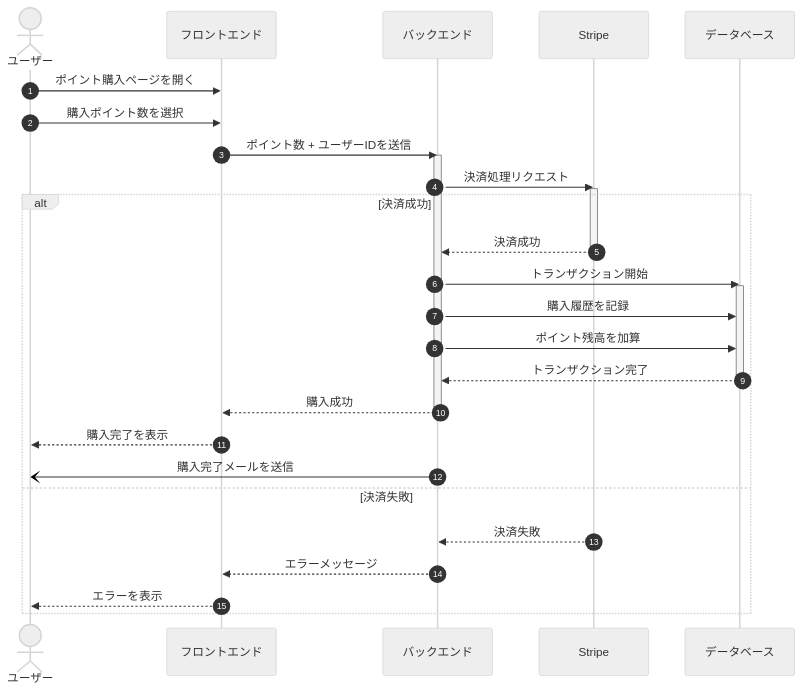
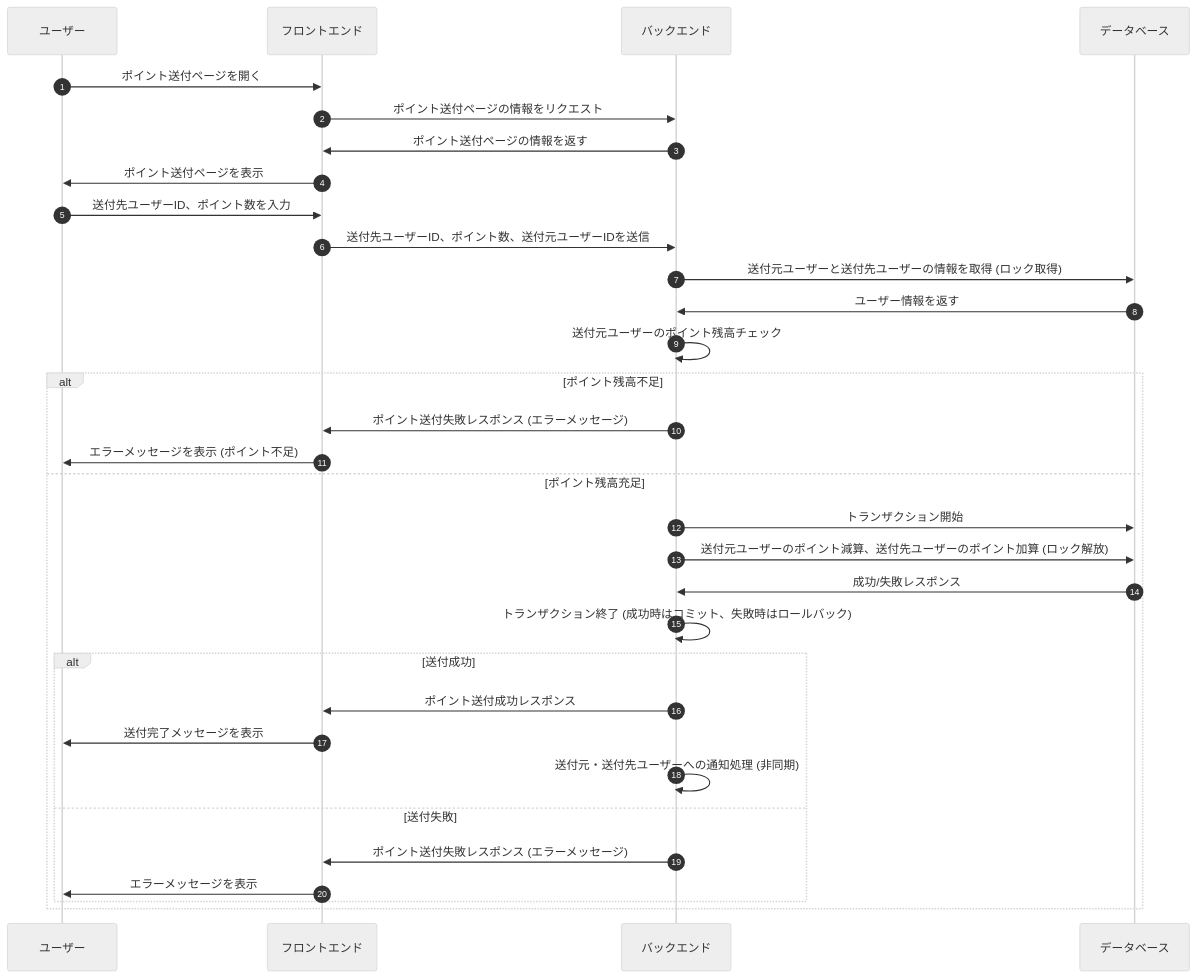
One commit to sc-hosokawa/frienda changed the fifth of 13 diagrams in docs/sequence-diagrams.md. Above: the diagram before and after it, drawn with Mermaid (neutral theme). The commit also changed other lines of this file, not shown here.

First line of the commit message:
docs: Notion図に合わせてシーケンス図を修正し景品交換フローを追加

````diff
--- a/docs/sequence-diagrams.md
+++ b/docs/sequence-diagrams.md
@@ -189,38 +261,37 @@
 ```mermaid
 sequenceDiagram
     autonumber
 
-    actor User as ユーザー
+    participant User as ユーザー
     participant Frontend as フロントエンド
     participant Backend as バックエンド
-    participant Stripe as Stripe
-    participant DB as データベース
+    participant Database as データベース
 
-    User->>Frontend: ポイント購入ページを開く
-    User->>Frontend: 購入ポイント数を選択
-    Frontend->>Backend: ポイント数 + ユーザーIDを送信
-    activate Backend
+    User->>Frontend: ポイント送付ページを開く
+    Frontend->>Backend: ポイント送付ページの情報をリクエスト
+    Backend->>Frontend: ポイント送付ページの情報を返す
+    Frontend->>User: ポイント送付ページを表示
 
-    Backend->>Stripe: 決済処理リクエスト
-    activate Stripe
-
-    alt 決済成功
-        Stripe-->>Backend: 決済成功
-        deactivate Stripe
-        Backend->>DB: トランザクション開始
-        activate DB
-        Backend->>DB: 購入履歴を記録
-        Backend->>DB: ポイント残高を加算
-        DB-->>Backend: トランザクション完了
-        deactivate DB
-        Backend-->>Frontend: 購入成功
-        deactivate Backend
-        Frontend-->>User: 購入完了を表示
-
-        Backend-)User: 購入完了メールを送信
-    else 決済失敗
-        Stripe-->>Backend: 決済失敗
-        Backend-->>Frontend: エラーメッセージ
-        Frontend-->>User: エラーを表示
+    User->>Frontend: 送付先ユーザーID、ポイント数を入力
+    Frontend->>Backend: 送付先ユーザーID、ポイント数、送付元ユーザーIDを送信
+    Backend->>Database: 送付元ユーザーと送付先ユーザーの情報を取得 (ロック取得)
+    Database->>Backend: ユーザー情報を返す
+    Backend->>Backend: 送付元ユーザーのポイント残高チェック
+    alt ポイント残高不足
+        Backend->>Frontend: ポイント送付失敗レスポンス (エラーメッセージ)
+        Frontend->>User: エラーメッセージを表示 (ポイント不足)
+    else ポイント残高充足
+        Backend->>Database: トランザクション開始
+        Backend->>Database: 送付元ユーザーのポイント減算、送付先ユーザーのポイント加算 (ロック解放)
+        Database->>Backend: 成功/失敗レスポンス
+        Backend->>Backend: トランザクション終了 (成功時はコミット、失敗時はロールバック)
+        alt 送付成功
+            Backend->>Frontend: ポイント送付成功レスポンス
+            Frontend->>User: 送付完了メッセージを表示
+            Backend->>Backend: 送付元・送付先ユーザーへの通知処理 (非同期)
+        else 送付失敗
+            Backend->>Frontend: ポイント送付失敗レスポンス (エラーメッセージ)
+            Frontend->>User: エラーメッセージを表示
+        end
     end
 ```
````
